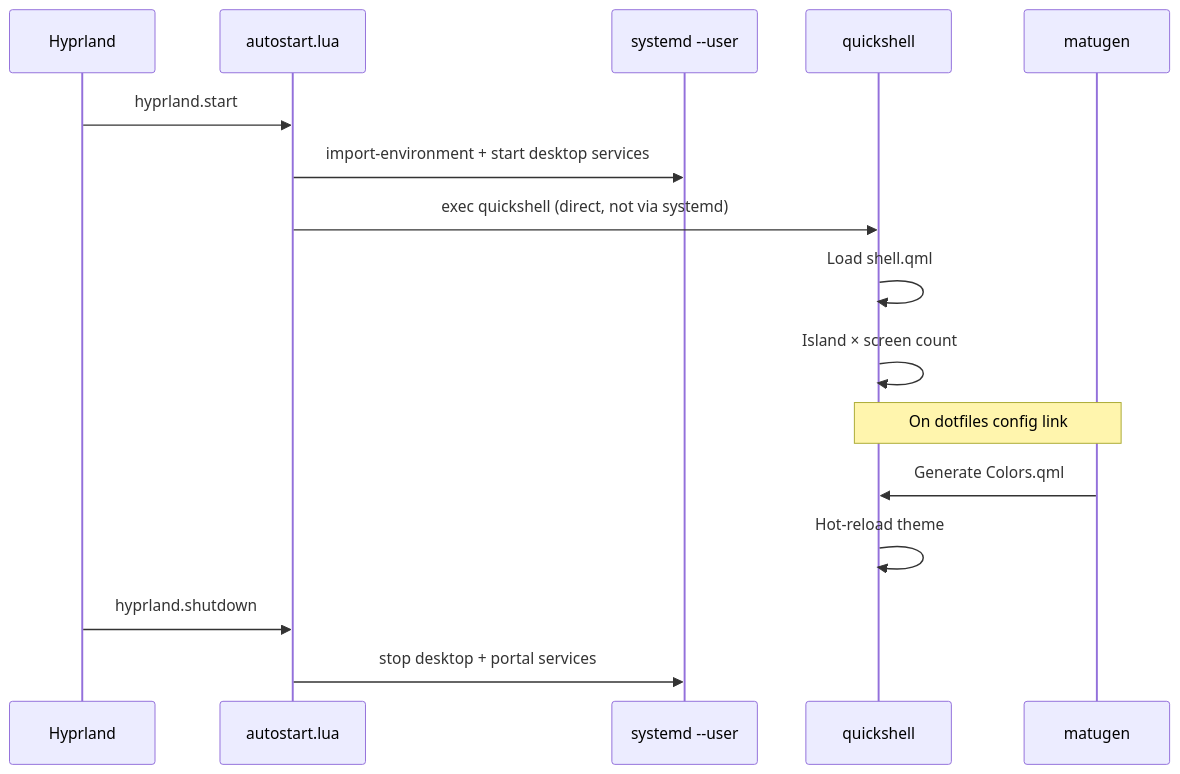
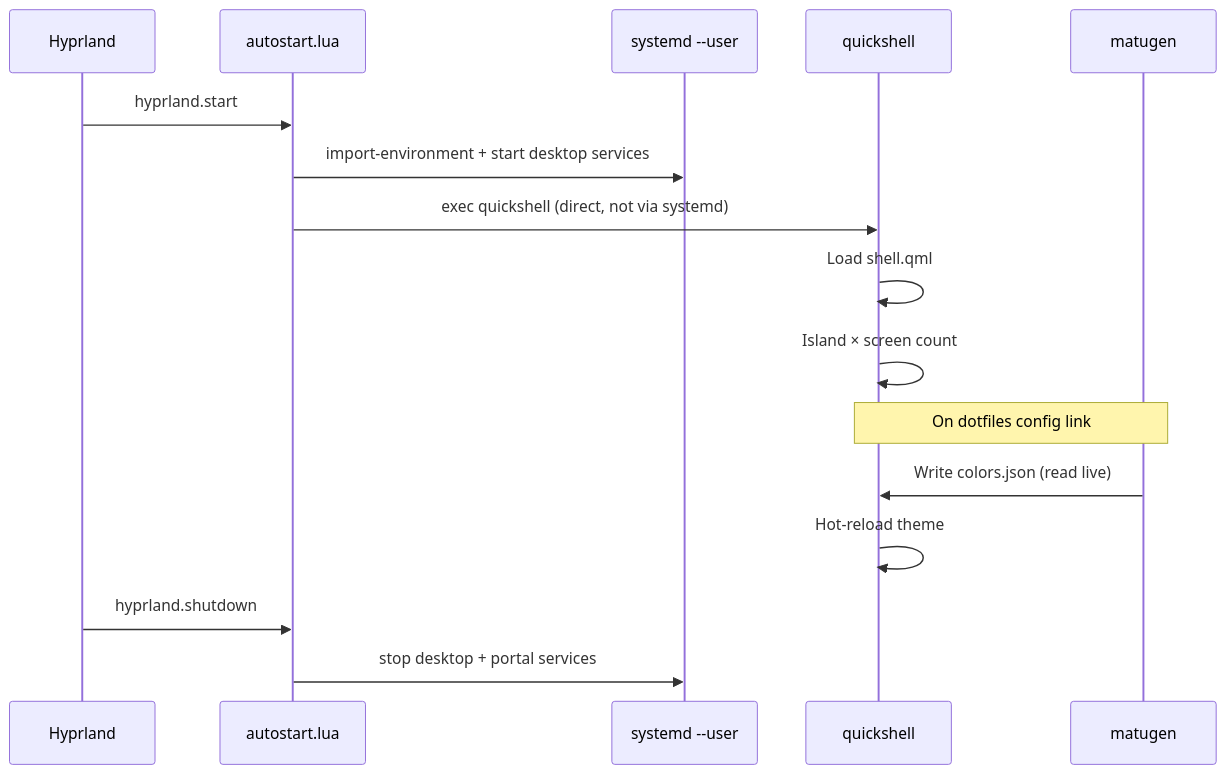
One commit to Genoux/dotfiles changed the fourth of 4 diagrams in stow/quickshell/.config/quickshell/OVERVIEW.md. Above: the diagram before and after it, drawn with Mermaid. The commit also changed other lines of this file and 9 other files, not shown here.

First line of the commit message:
refactor(theme): read shell colours live from colors.json

````diff
--- a/stow/quickshell/.config/quickshell/OVERVIEW.md
+++ b/stow/quickshell/.config/quickshell/OVERVIEW.md
@@ -369,21 +369,21 @@
 ```mermaid
 sequenceDiagram
     participant H as Hyprland
     participant AS as autostart.lua
     participant SD as systemd --user
     participant QS as quickshell
     participant MAT as matugen
 
     H->>AS: hyprland.start
     AS->>SD: import-environment + start desktop services
     AS->>QS: exec quickshell (direct, not via systemd)
     QS->>QS: Load shell.qml
     QS->>QS: Island × screen count
 
     Note over MAT,QS: On dotfiles config link
-    MAT->>QS: Generate Colors.qml
+    MAT->>QS: Write colors.json (read live)
     QS->>QS: Hot-reload theme
 
     H->>AS: hyprland.shutdown
     AS->>SD: stop desktop + portal services
 ```
````
